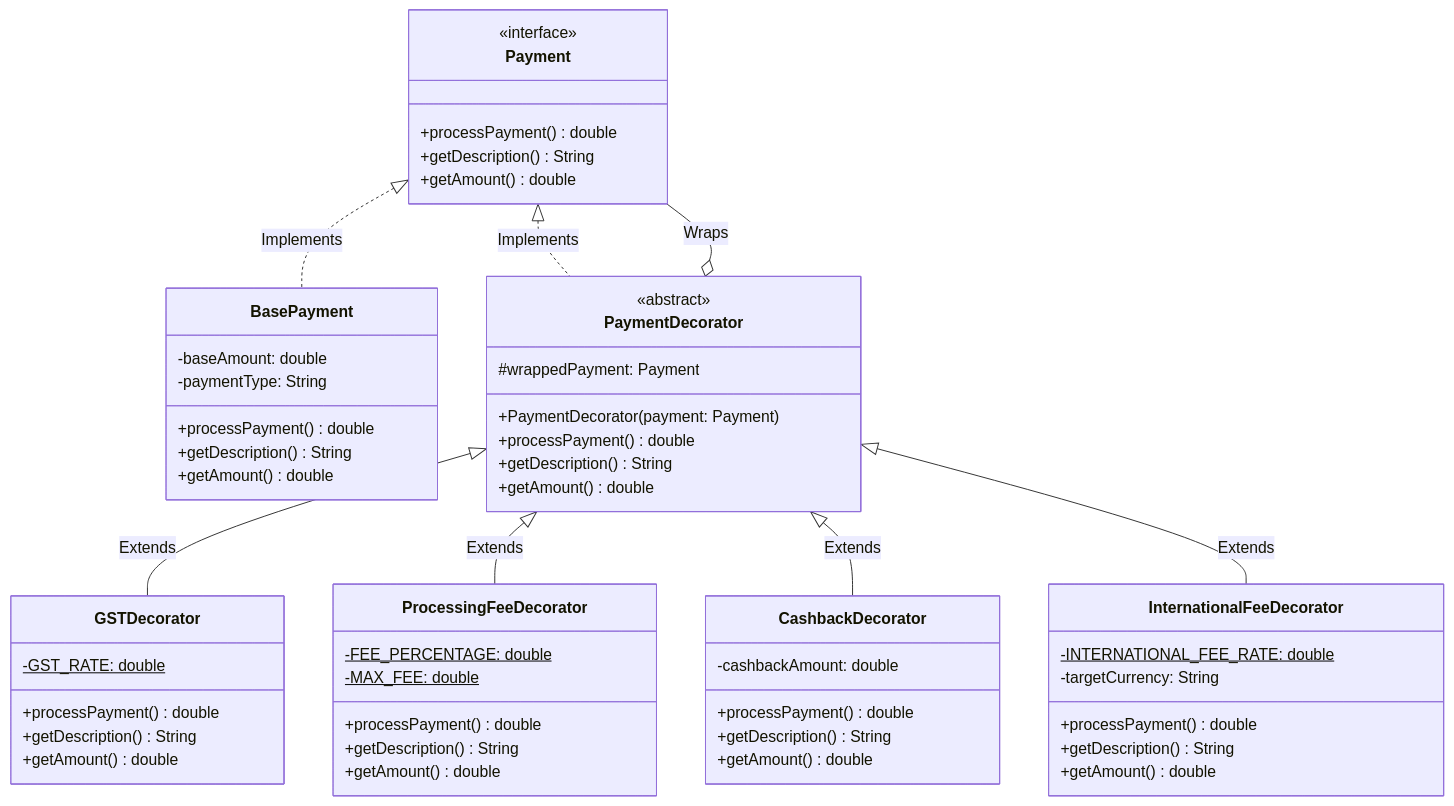
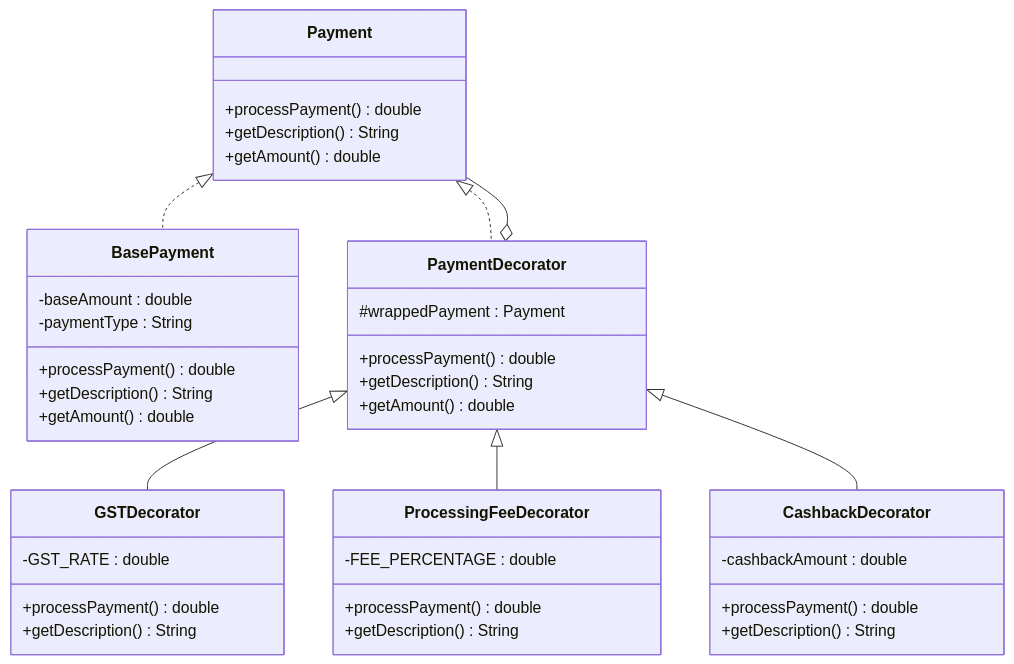
The diagram in design-patterns/structural/decorator/README.md (uttams237/oopsAndLLD), drawn with Mermaid before and after one commit. The commit also changed 5 other files, not shown here.

Commit message:
Simplify all Mermaid diagrams for GitHub compatibility

````diff
--- a/design-patterns/structural/decorator/README.md
+++ b/design-patterns/structural/decorator/README.md
@@ -65,64 +65,48 @@
 ```mermaid
 classDiagram
     class Payment {
-        <<interface>>
         +processPayment() double
         +getDescription() String
         +getAmount() double
     }
     
     class BasePayment {
-        -baseAmount: double
-        -paymentType: String
+        -baseAmount : double
+        -paymentType : String
         +processPayment() double
         +getDescription() String
         +getAmount() double
     }
     
     class PaymentDecorator {
-        <<abstract>>
-        #wrappedPayment: Payment
-        +PaymentDecorator(payment: Payment)
+        #wrappedPayment : Payment
         +processPayment() double
         +getDescription() String
         +getAmount() double
     }
     
     class GSTDecorator {
-        -GST_RATE: double$
+        -GST_RATE : double
         +processPayment() double
         +getDescription() String
-        +getAmount() double
     }
     
     class ProcessingFeeDecorator {
-        -FEE_PERCENTAGE: double$
-        -MAX_FEE: double$
+        -FEE_PERCENTAGE : double
         +processPayment() double
         +getDescription() String
-        +getAmount() double
     }
     
     class CashbackDecorator {
-        -cashbackAmount: double
+        -cashbackAmount : double
         +processPayment() double
         +getDescription() String
-        +getAmount() double
     }
     
-    class InternationalFeeDecorator {
-        -INTERNATIONAL_FEE_RATE: double$
-        -targetCurrency: String
-        +processPayment() double
-        +getDescription() String
-        +getAmount() double
-    }
-    
-    Payment <|.. BasePayment : Implements
-    Payment <|.. PaymentDecorator : Implements
-    PaymentDecorator <|-- GSTDecorator : Extends
-    PaymentDecorator <|-- ProcessingFeeDecorator : Extends
-    PaymentDecorator <|-- CashbackDecorator : Extends
-    PaymentDecorator <|-- InternationalFeeDecorator : Extends
-    PaymentDecorator o-- Payment : Wraps
+    Payment <|.. BasePayment
+    Payment <|.. PaymentDecorator
+    PaymentDecorator <|-- GSTDecorator
+    PaymentDecorator <|-- ProcessingFeeDecorator
+    PaymentDecorator <|-- CashbackDecorator
+    PaymentDecorator o-- Payment
 ```
````
